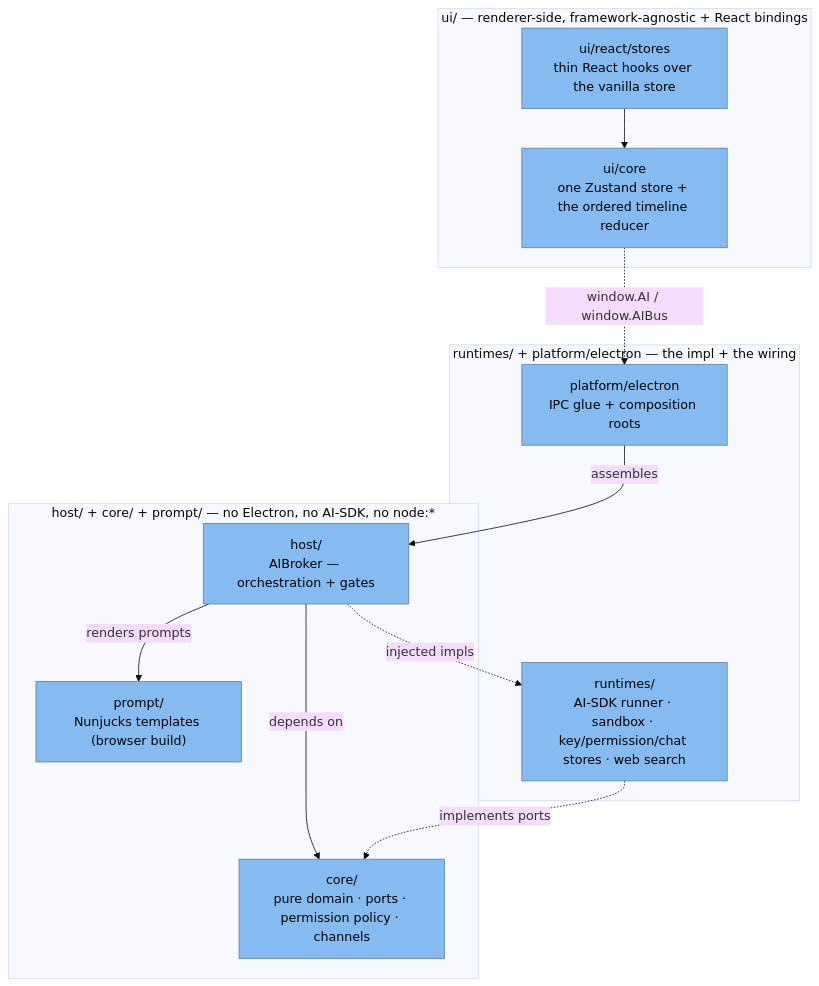
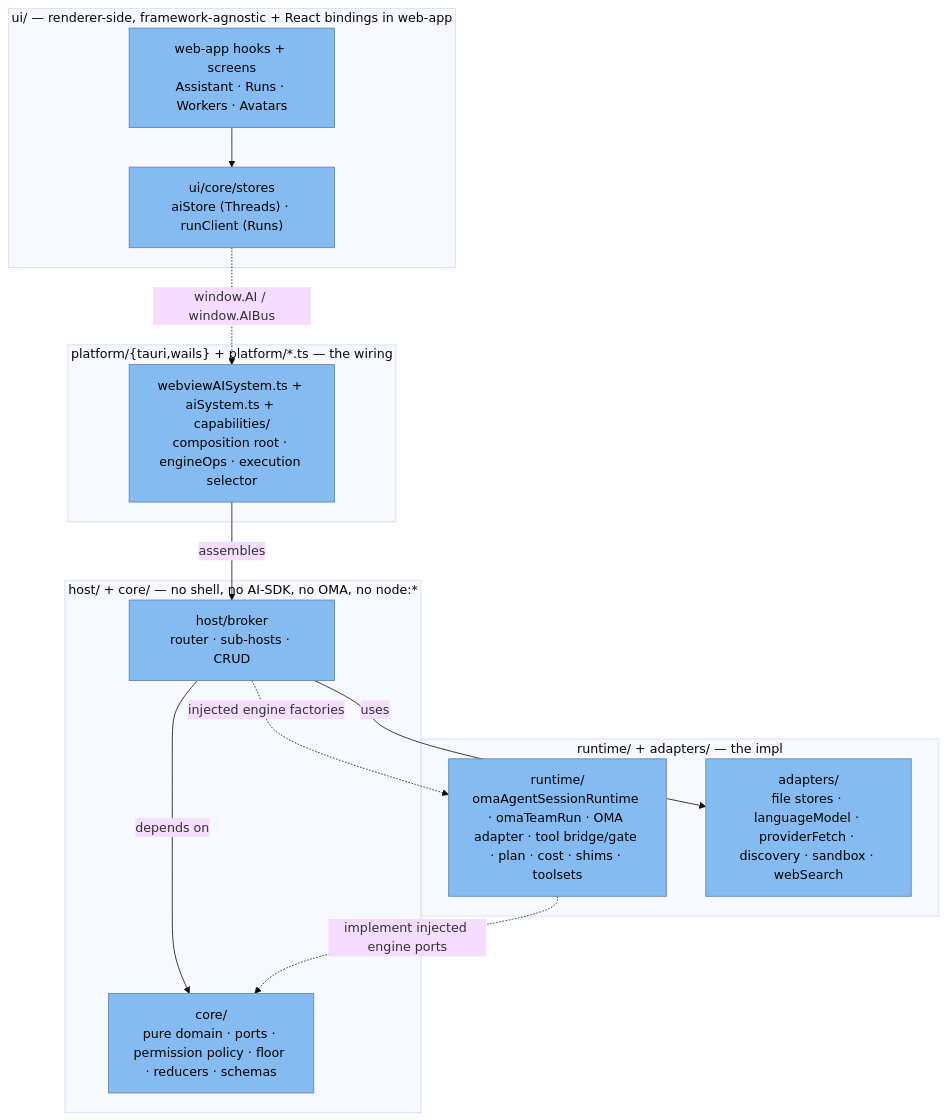
Before and after one commit to iongion/container-desktop: the first of 2 diagrams in docs/architecture/ai-subsystem.md, drawn with Mermaid (base theme). The commit also changed other lines of this file and 1901 other files, not shown here.

````diff
--- a/docs/architecture/ai-subsystem.md
+++ b/docs/architecture/ai-subsystem.md
@@ -22,26 +57,28 @@
 ```mermaid
 flowchart TB
-  subgraph ui[ui/ — renderer-side, framework-agnostic + React bindings]
-    react["ui/react/stores<br/>thin React hooks over the vanilla store"]:::component
-    coreui["ui/core<br/>one Zustand store + the ordered timeline reducer"]:::component
+  subgraph ui[ui/ — renderer-side, framework-agnostic + React bindings in web-app]
+    react["web-app hooks + screens<br/>Assistant · Runs · Workers · Avatars"]:::component
+    stores["ui/core/stores<br/>aiStore (Threads) · runClient (Runs)"]:::component
   end
-  subgraph mid[host/ + core/ + prompt/ — no Electron, no AI-SDK, no node:*]
-    host["host/<br/>AIBroker — orchestration + gates"]:::component
-    core["core/<br/>pure domain · ports · permission policy · channels"]:::component
-    prompt["prompt/<br/>Nunjucks templates (browser build)"]:::component
+  subgraph mid[host/ + core/ — no shell, no AI-SDK, no OMA, no node:*]
+    broker["host/broker<br/>router · sub-hosts · CRUD"]:::component
+    core["core/<br/>pure domain · ports · permission policy · floor · reducers · schemas"]:::component
   end
-  subgraph rt[runtimes/ + platform/electron — the impl + the wiring]
-    node["runtimes/<br/>AI-SDK runner · sandbox · key/permission/chat stores · web search"]:::component
-    elec["platform/electron<br/>IPC glue + composition roots"]:::component
+  subgraph rt[runtime/ + adapters/ — the impl]
+    engines["runtime/<br/>omaAgentSessionRuntime · omaTeamRun · OMA adapter · tool bridge/gate · plan · cost · shims · toolsets"]:::component
+    adapters["adapters/<br/>file stores · languageModel · providerFetch · discovery · sandbox · webSearch"]:::component
+  end
+  subgraph shell["platform/{tauri,wails} + platform/*.ts — the wiring"]
+    wiring["webviewAISystem.ts + aiSystem.ts + capabilities/<br/>composition root · engineOps · execution selector"]:::component
   end
 
-  react --> coreui
-  coreui -.->|window.AI / window.AIBus| elec
-  host -->|depends on| core
-  host -->|renders prompts| prompt
-  node -.->|implements ports| core
-  host -.->|injected impls| node
-  elec -->|assembles| host
+  react --> stores
+  stores -.->|window.AI / window.AIBus| wiring
+  broker -->|depends on| core
+  broker -->|uses| adapters
+  engines -.->|implement injected engine ports| core
+  broker -.->|injected engine factories| engines
+  wiring -->|assembles| broker
 
   classDef component fill:#85bbf0,color:#000,stroke:#5d82a8;
 ```
````
